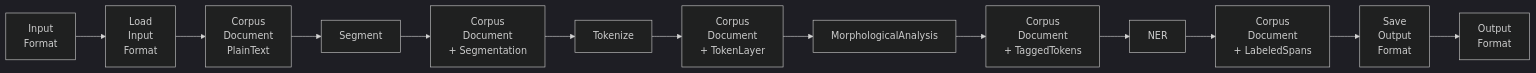
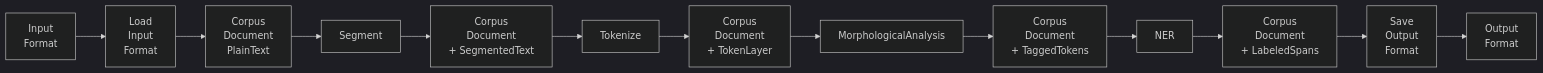
One commit to ufal/linpipe changed the seventh of 9 diagrams in docs/src/dev/architecture.md. Above: the diagram before and after it, drawn with Mermaid (dark theme). The commit also changed other lines of this file and 1 other file, not shown here.

Commit message:
Segmentation and tokenization design as per meeting notes.

````diff
--- a/docs/src/dev/architecture.md
+++ b/docs/src/dev/architecture.md
@@ -298,23 +298,23 @@
 ```mermaid
 flowchart LR
   I["Input<br/>Format"]
   Load["Load<br/>Input<br/>Format"]
   D0["Corpus<br/>Document<br/>PlainText"]
   S["Segment"]
-  D1["Corpus<br/>Document<br/>+ Segmentation"]
+  D1["Corpus<br/>Document<br/>+ SegmentedText"]
   T["Tokenize"]
   D2["Corpus<br/>Document<br/>+ TokenLayer"]
   M["MorphologicalAnalysis"]
   D3["Corpus<br/>Document<br/>+ TaggedTokens"]
   N["NER"]
   D4["Corpus<br/>Document<br/>+ LabeledSpans"]
   Save["Save<br/>Output<br/>Format"]
   O["Output<br/>Format"]
 
   I --> Load --> D0
   D0 --> S --> D1
   D1 --> T --> D2
   D2 --> M --> D3
   D3 --> N --> D4
   D4 --> Save --> O
 ```
````
